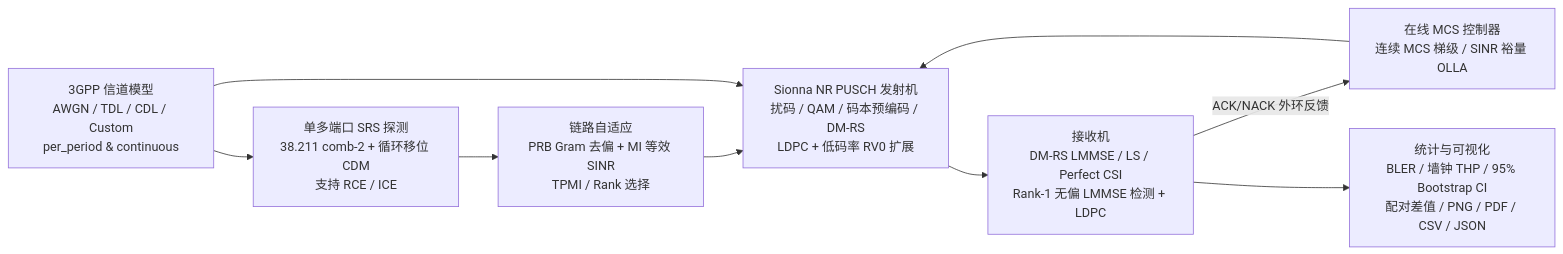
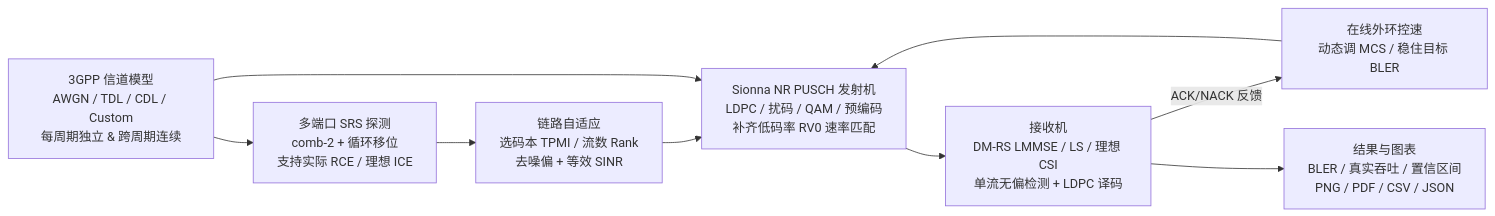
One commit to zhangzij15/nr-pusch-baseline changed the diagram in README.md. Above: the diagram before and after it, drawn with Mermaid. The commit also changed other lines of this file and 1 other file, not shown here.

````diff
--- a/README.md
+++ b/README.md
@@ -98,11 +102,11 @@
 ```mermaid
 flowchart LR
-  CIR["3GPP 信道模型<br/>AWGN / TDL / CDL / Custom<br/>per_period & continuous"] --> SRS["单多端口 SRS 探测<br/>38.211 comb-2 + 循环移位 CDM<br/>支持 RCE / ICE"]
-  SRS --> LA["链路自适应<br/>PRB Gram 去偏 + MI 等效 SINR<br/>TPMI / Rank 选择"]
-  LA --> TX["Sionna NR PUSCH 发射机<br/>扰码 / QAM / 码本预编码 / DM-RS<br/>LDPC + 低码率 RV0 扩展"]
+  CIR["3GPP 信道模型<br/>AWGN / TDL / CDL / Custom<br/>每周期独立 & 跨周期连续"] --> SRS["多端口 SRS 探测<br/>comb-2 + 循环移位<br/>支持实际 RCE / 理想 ICE"]
+  SRS --> LA["链路自适应<br/>选码本 TPMI / 流数 Rank<br/>去噪偏 + 等效 SINR"]
+  LA --> TX["Sionna NR PUSCH 发射机<br/>LDPC / 扰码 / QAM / 预编码<br/>补齐低码率 RV0 速率匹配"]
   CIR --> TX
-  TX --> RX["接收机<br/>DM-RS LMMSE / LS / Perfect CSI<br/>Rank-1 无偏 LMMSE 检测 + LDPC"]
-  RX -->|"ACK/NACK 外环反馈"| MCS["在线 MCS 控制器<br/>连续 MCS 梯级 / SINR 裕量 OLLA"]
+  TX --> RX["接收机<br/>DM-RS LMMSE / LS / 理想 CSI<br/>单流无偏检测 + LDPC 译码"]
+  RX -->|"ACK/NACK 反馈"| MCS["在线外环控速<br/>动态调 MCS / 稳住目标 BLER"]
   MCS --> TX
-  RX --> OUT["统计与可视化<br/>BLER / 墙钟 THP / 95% Bootstrap CI<br/>配对差值 / PNG / PDF / CSV / JSON"]
+  RX --> OUT["结果与图表<br/>BLER / 真实吞吐 / 置信区间<br/>PNG / PDF / CSV / JSON"]
 ```
````
